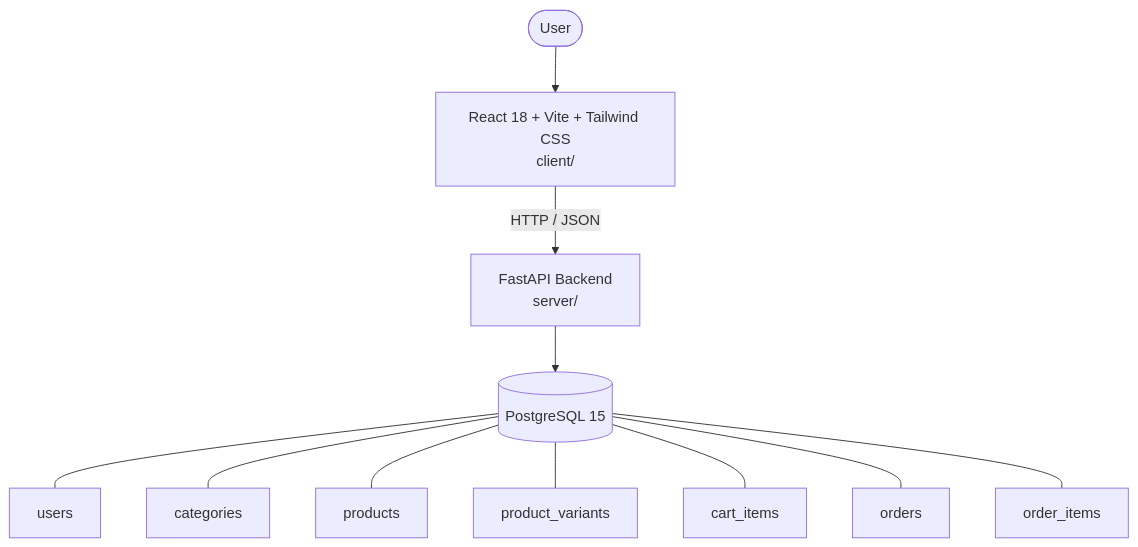
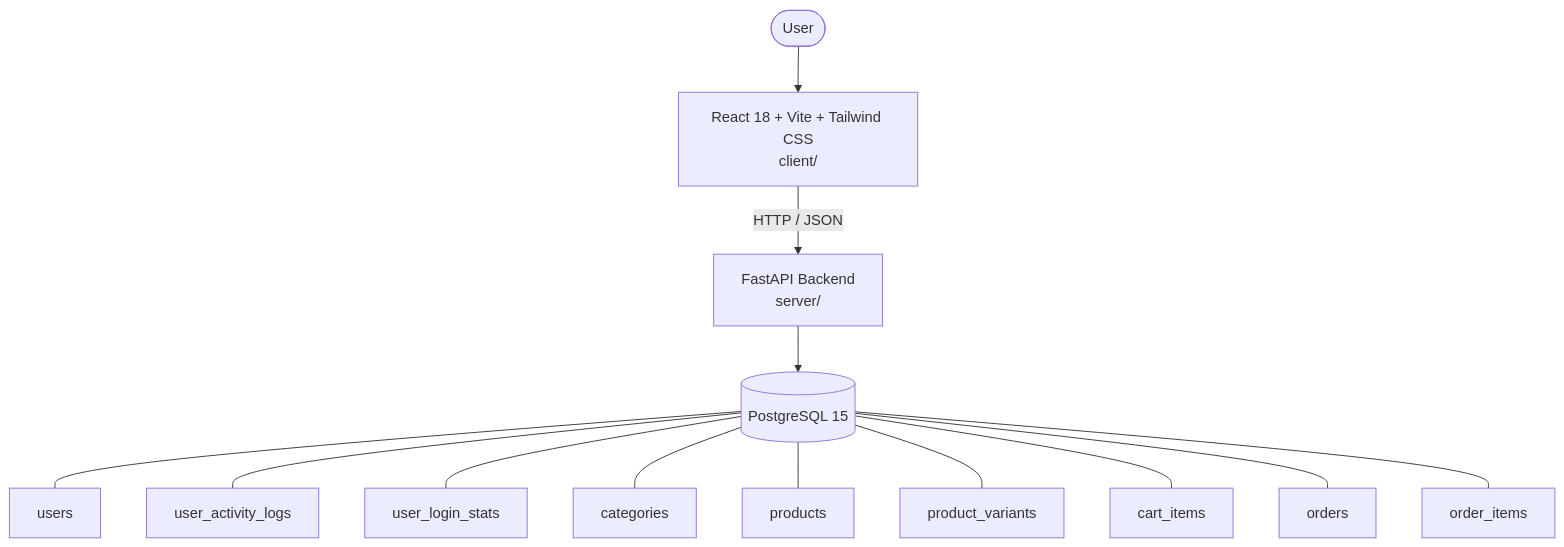
Before and after one commit to p67428378-afk/SCRUM: the diagram in architecture.md, drawn with Mermaid. The commit also changed other lines of this file and 20 other files, not shown here.

Commit message:
feat(SCRUM-91): add User Activity Logging and Billing Analytics integration

````diff
--- a/architecture.md
+++ b/architecture.md
@@ -6,17 +6,19 @@
 ```mermaid
 graph TD
   User([User])
   UI["React 18 + Vite + Tailwind CSS<br/>client/"]
   API["FastAPI Backend<br/>server/"]
   DB[("PostgreSQL 15")]
   User --> UI
   UI -->|HTTP / JSON| API
   API --> DB
   DB --- tbl_users["users"]
+  DB --- tbl_user_activity_logs["user_activity_logs"]
+  DB --- tbl_user_login_stats["user_login_stats"]
   DB --- tbl_categories["categories"]
   DB --- tbl_products["products"]
   DB --- tbl_product_variants["product_variants"]
   DB --- tbl_cart_items["cart_items"]
   DB --- tbl_orders["orders"]
   DB --- tbl_order_items["order_items"]
 ```
````
